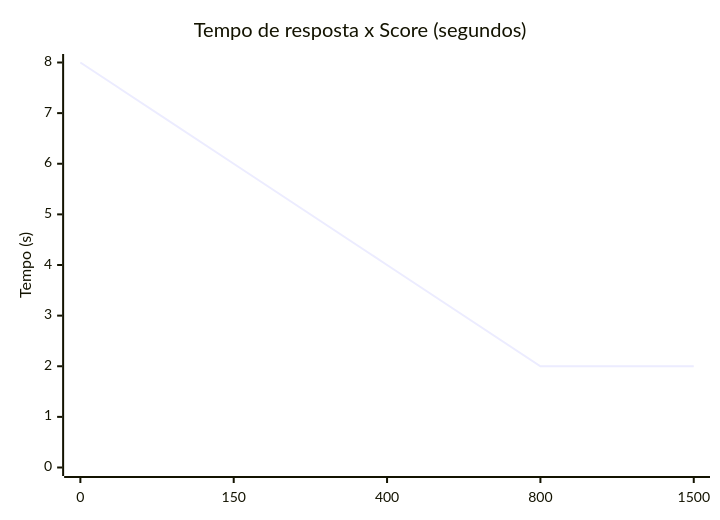
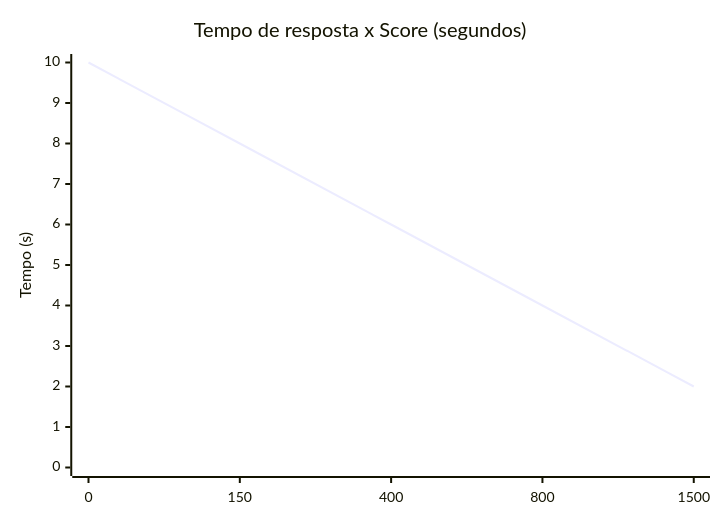
One commit to equipe-projetos/DinoMath-Run changed the fifth of 9 diagrams in docs/DinoMath_GDD.md. Above: the diagram before and after it, drawn with Mermaid. The commit also changed other lines of this file, not shown here.

````diff
--- a/docs/DinoMath_GDD.md
+++ b/docs/DinoMath_GDD.md
@@ -513,7 +514,7 @@
 ```mermaid
 xychart-beta
     title "Tempo de resposta x Score (segundos)"
     x-axis [0, 150, 400, 800, 1500]
-    y-axis "Tempo (s)" 0 --> 8
-    line [8.0, 6.0, 4.0, 2.0, 2.0]
+    y-axis "Tempo (s)" 0 --> 10
+    line [10.0, 8.0, 6.0, 4.0, 2.0]
 ```
````
